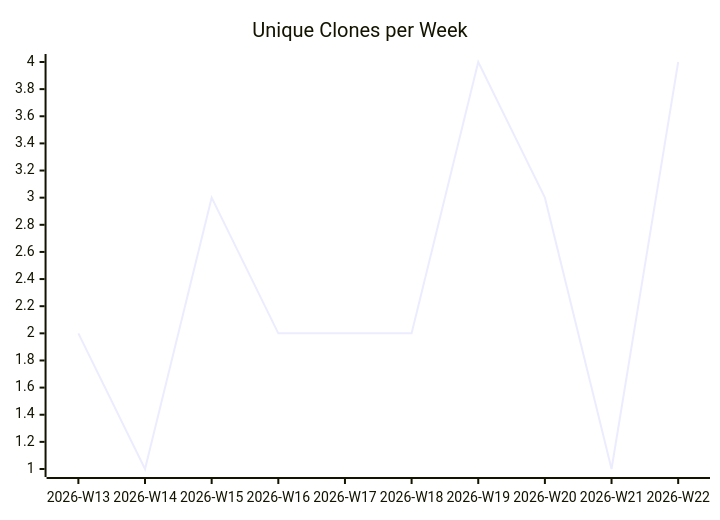
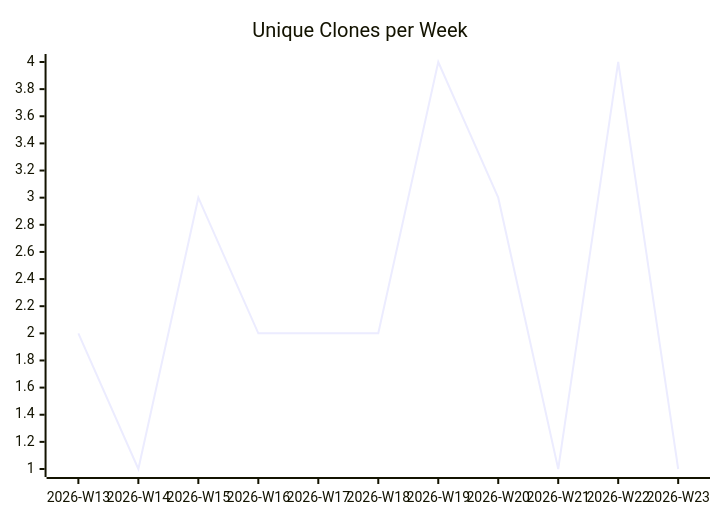
Before and after one commit to justdavis-family/github-analytics-data: the third of 3 diagrams in karlmdavis/kobjects/README.md, drawn with Mermaid. The commit also changed other lines of this file and 186 other files, not shown here.

````diff
--- a/karlmdavis/kobjects/README.md
+++ b/karlmdavis/kobjects/README.md
@@ -19,6 +19,6 @@
 ```mermaid
 xychart-beta
   title "Unique Clones per Week"
-  x-axis ["2026-W13", "2026-W14", "2026-W15", "2026-W16", "2026-W17", "2026-W18", "2026-W19", "2026-W20", "2026-W21", "2026-W22"]
-  line [2, 1, 3, 2, 2, 2, 4, 3, 1, 4]
+  x-axis ["2026-W13", "2026-W14", "2026-W15", "2026-W16", "2026-W17", "2026-W18", "2026-W19", "2026-W20", "2026-W21", "2026-W22", "2026-W23"]
+  line [2, 1, 3, 2, 2, 2, 4, 3, 1, 4, 1]
 ```
````
